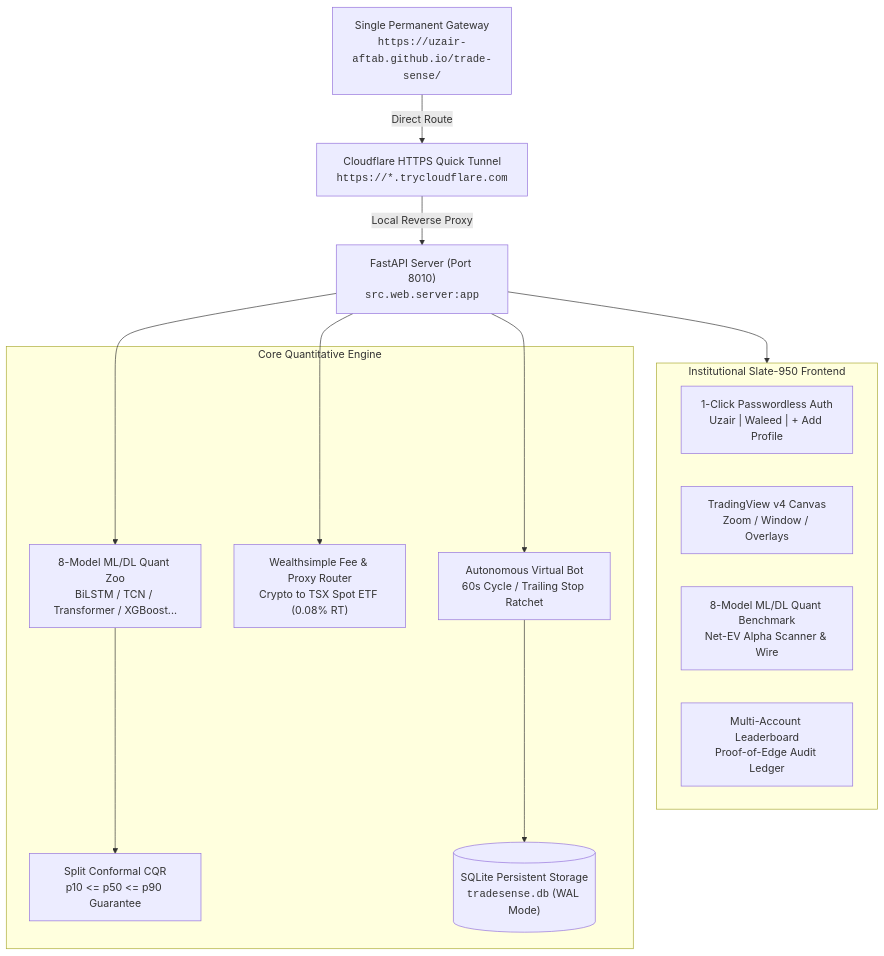
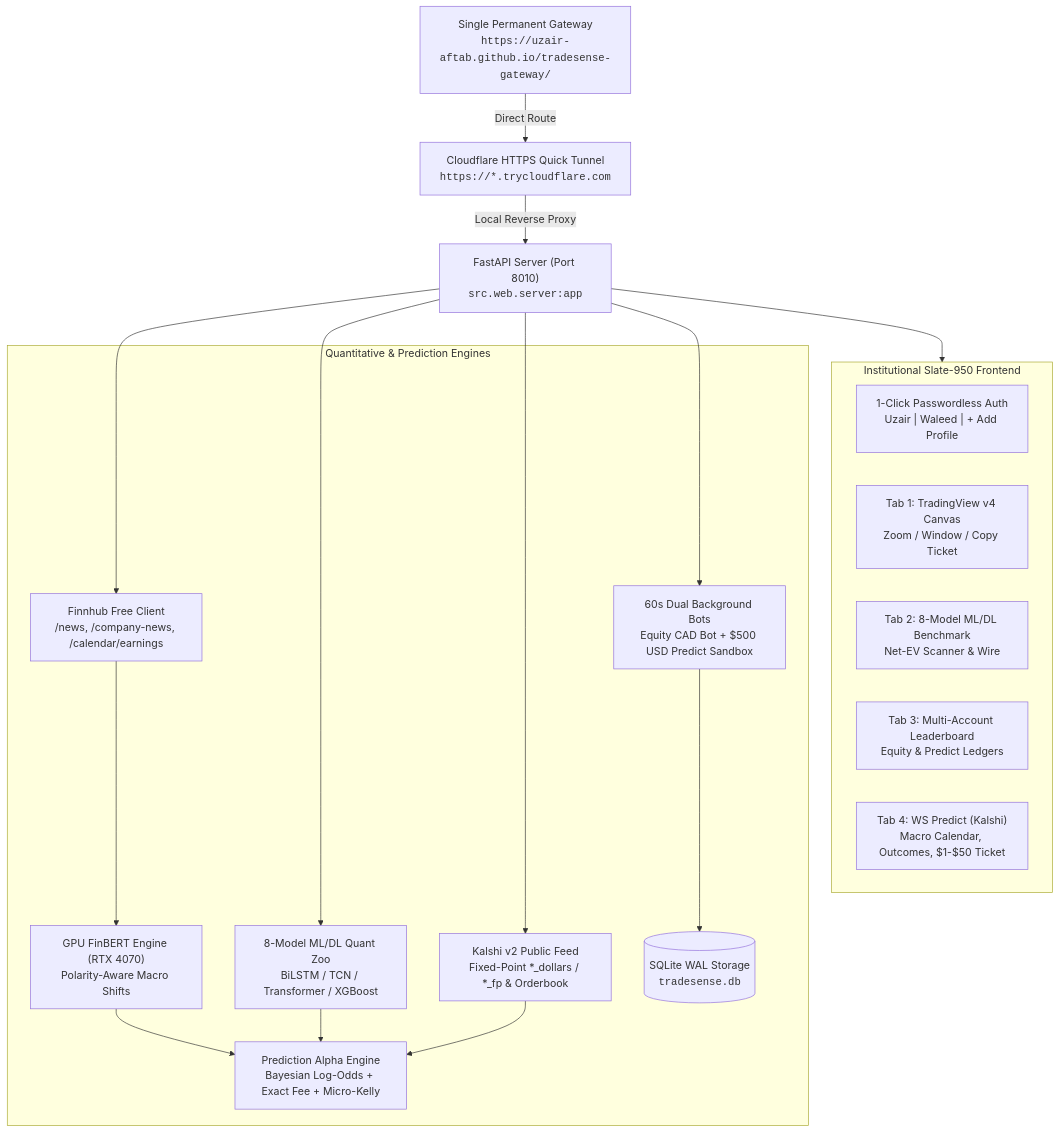
One commit to uzair-aftab/tradesense-core changed the diagram in ARCHITECTURE.md. Above: the diagram before and after it, drawn with Mermaid. The commit also changed other lines of this file and 19 other files, not shown here.

Commit message:
feat(v8): add GPU FinBERT, Finnhub macro wire, and Wealthsimple Predict (Kalshi) engine

````diff
--- a/ARCHITECTURE.md
+++ b/ARCHITECTURE.md
@@ -11,28 +11,35 @@
 ```mermaid
 flowchart TD
-    Gateway["Single Permanent Gateway<br/><code>https://uzair-aftab.github.io/trade-sense/</code>"] -->|Direct Route| Tunnel["Cloudflare HTTPS Quick Tunnel<br/><code>https://*.trycloudflare.com</code>"]
+    Gateway["Single Permanent Gateway<br/><code>https://uzair-aftab.github.io/tradesense-gateway/</code>"] -->|Direct Route| Tunnel["Cloudflare HTTPS Quick Tunnel<br/><code>https://*.trycloudflare.com</code>"]
     Tunnel -->|Local Reverse Proxy| AppServer["FastAPI Server (Port 8010)<br/><code>src.web.server:app</code>"]
     
     subgraph Frontend["Institutional Slate-950 Frontend"]
         AuthView["1-Click Passwordless Auth<br/>Uzair | Waleed | + Add Profile"]
-        TerminalView["TradingView v4 Canvas<br/>Zoom / Window / Overlays"]
-        LabView["8-Model ML/DL Quant Benchmark<br/>Net-EV Alpha Scanner & Wire"]
-        PortfoliosView["Multi-Account Leaderboard<br/>Proof-of-Edge Audit Ledger"]
+        TerminalView["Tab 1: TradingView v4 Canvas<br/>Zoom / Window / Copy Ticket"]
+        LabView["Tab 2: 8-Model ML/DL Benchmark<br/>Net-EV Scanner & Wire"]
+        PortfoliosView["Tab 3: Multi-Account Leaderboard<br/>Equity & Predict Ledgers"]
+        PredictView["Tab 4: WS Predict (Kalshi)<br/>Macro Calendar, Outcomes, $1-$50 Ticket"]
     end
 
     AppServer --> Frontend
 
-    subgraph BackendEngine["Core Quantitative Engine"]
-        Zoo["8-Model ML/DL Quant Zoo<br/>BiLSTM / TCN / Transformer / XGBoost..."]
-        Calibration["Split Conformal CQR<br/>p10 <= p50 <= p90 Guarantee"]
-        Catalog["Wealthsimple Fee & Proxy Router<br/>Crypto to TSX Spot ETF (0.08% RT)"]
-        Bot["Autonomous Virtual Bot<br/>60s Cycle / Trailing Stop Ratchet"]
-        Database[("SQLite Persistent Storage<br/><code>tradesense.db</code> (WAL Mode)")]
+    subgraph BackendEngine["Quantitative & Prediction Engines"]
+        Zoo["8-Model ML/DL Quant Zoo<br/>BiLSTM / TCN / Transformer / XGBoost"]
+        FinBERT["GPU FinBERT Engine (RTX 4070)<br/>Polarity-Aware Macro Shifts"]
+        Finnhub["Finnhub Free Client<br/>/news, /company-news, /calendar/earnings"]
+        Kalshi["Kalshi v2 Public Feed<br/>Fixed-Point *_dollars / *_fp & Orderbook"]
+        PredAlpha["Prediction Alpha Engine<br/>Bayesian Log-Odds + Exact Fee + Micro-Kelly"]
+        Bots["60s Dual Background Bots<br/>Equity CAD Bot + $500 USD Predict Sandbox"]
+        Database[("SQLite WAL Storage<br/><code>tradesense.db</code>")]
     end
 
     AppServer --> Zoo
-    Zoo --> Calibration
-    AppServer --> Catalog
-    AppServer --> Bot
-    Bot --> Database
+    AppServer --> Finnhub
+    Finnhub --> FinBERT
+    AppServer --> Kalshi
+    FinBERT --> PredAlpha
+    Zoo --> PredAlpha
+    Kalshi --> PredAlpha
+    AppServer --> Bots
+    Bots --> Database
 ```
````
